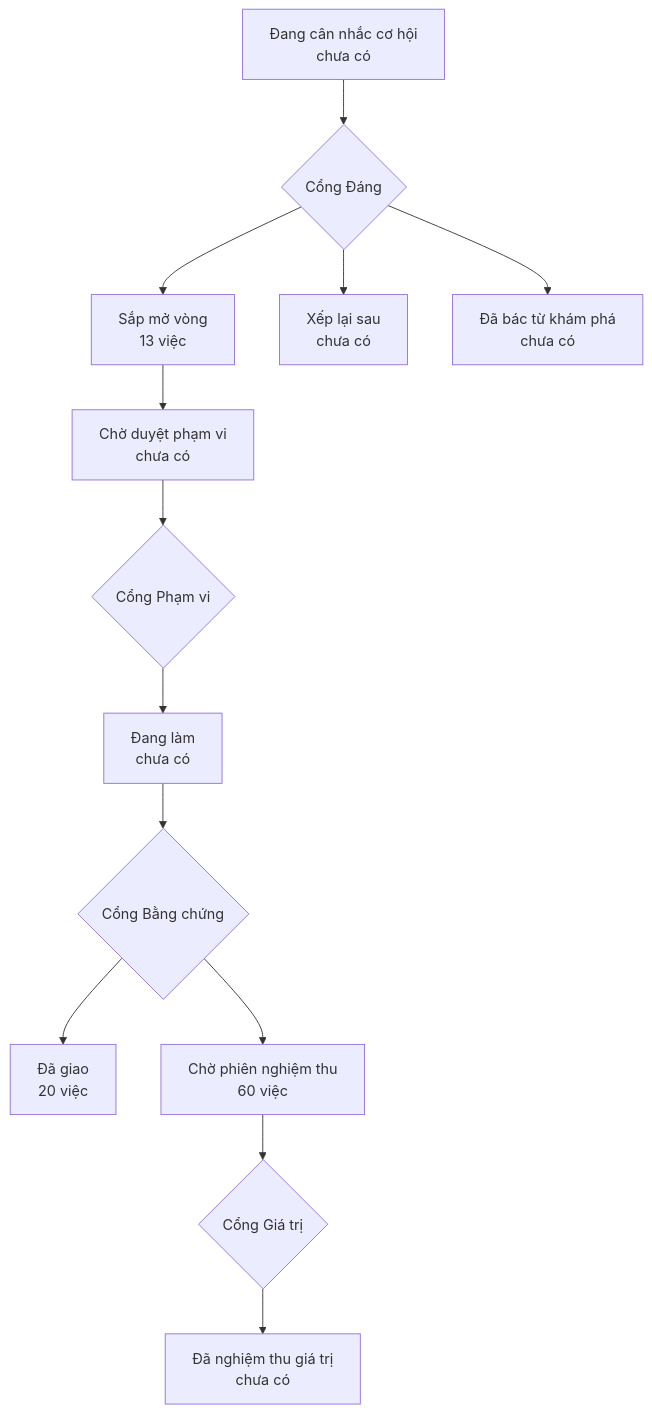
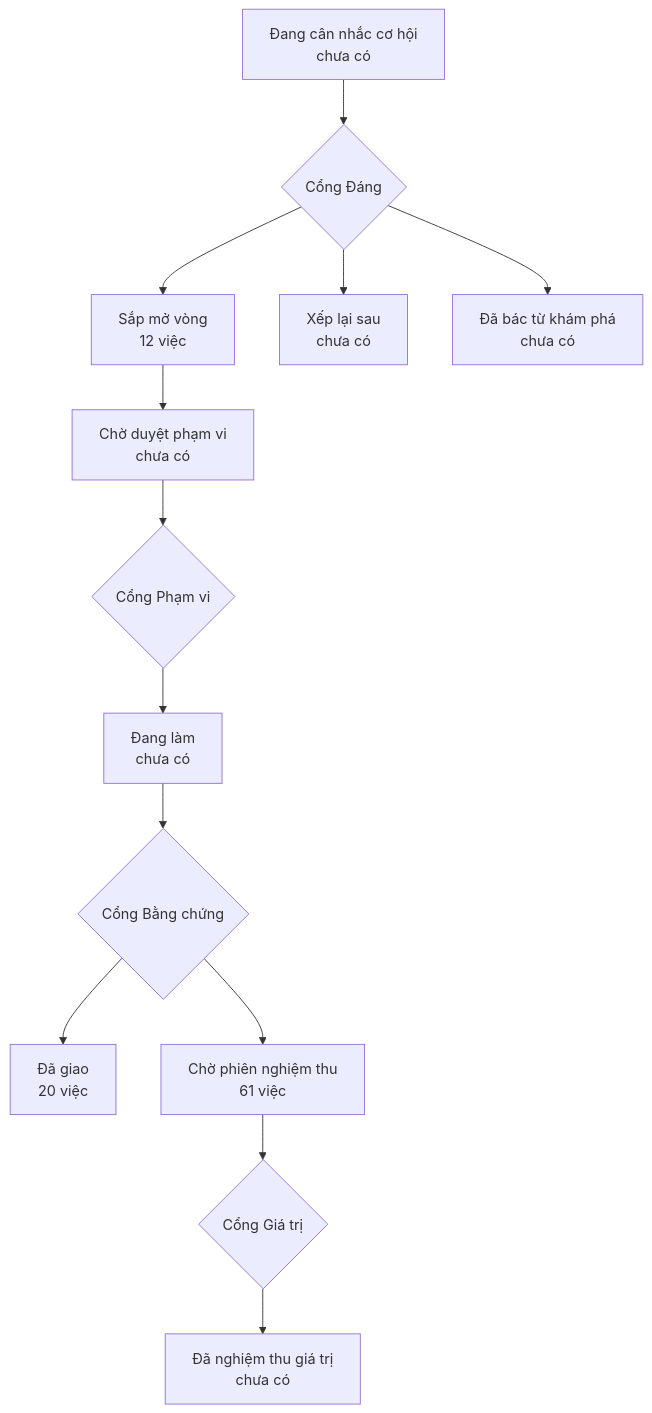
Before and after one commit to phanlemanh/onehub-quy-hang: the diagram in PRODUCT-MAP.md, drawn with Mermaid. The commit also changed 1 other file, not shown here.

Commit message:
chore: vẽ lại bản đồ sản phẩm và lộ trình sau gộp main

````diff
--- a/PRODUCT-MAP.md
+++ b/PRODUCT-MAP.md
@@ -7,12 +7,12 @@
 ```mermaid
 flowchart TD
   A["Đang cân nhắc cơ hội<br/>chưa có"] --> GD{"Cổng Đáng"}
-  GD --> B["Sắp mở vòng<br/>13 việc"]
+  GD --> B["Sắp mở vòng<br/>12 việc"]
   GD --> XL["Xếp lại sau<br/>chưa có"]
   GD --> DB["Đã bác từ khám phá<br/>chưa có"]
   B --> CD["Chờ duyệt phạm vi<br/>chưa có"] --> GP{"Cổng Phạm vi"}
   GP --> DL["Đang làm<br/>chưa có"] --> GB{"Cổng Bằng chứng"}
   GB --> DG["Đã giao<br/>20 việc"]
-  GB --> CN["Chờ phiên nghiệm thu<br/>60 việc"] --> GG{"Cổng Giá trị"}
+  GB --> CN["Chờ phiên nghiệm thu<br/>61 việc"] --> GG{"Cổng Giá trị"}
   GG --> NT["Đã nghiệm thu giá trị<br/>chưa có"]
 ```
````
